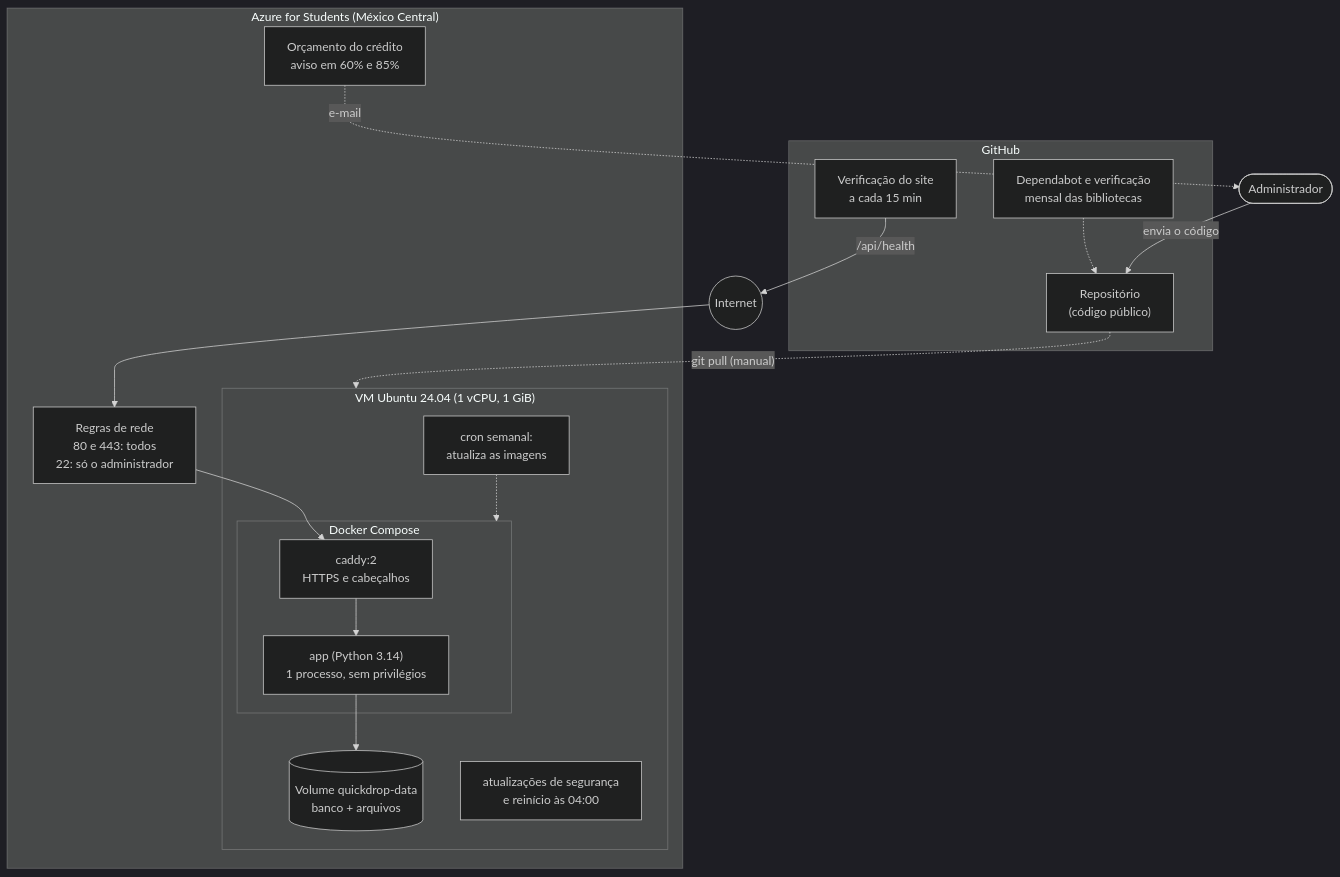
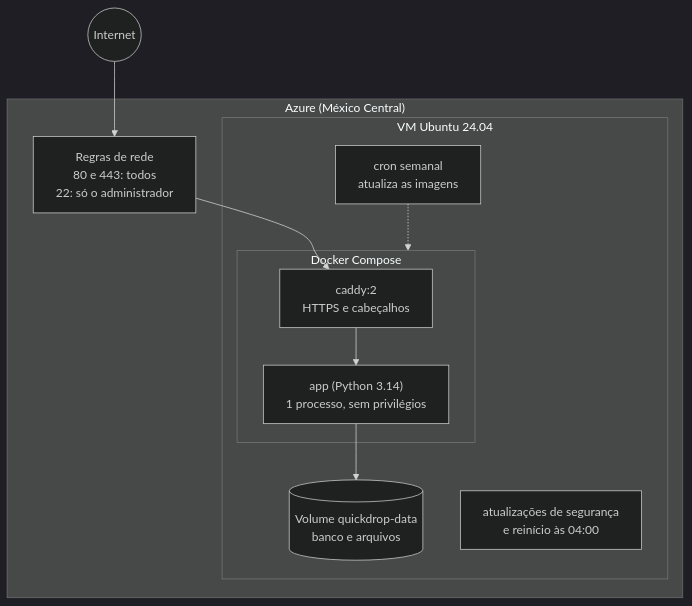
One commit to gbrielzera/QuickDrop changed the tenth of 13 diagrams in docs/VISAO.md. Above: the diagram before and after it, drawn with Mermaid (dark theme). The commit also changed other lines of this file and 3 other files, not shown here.

Commit message:
Documentos de requisitos e de visão também em .docx; diagramas ajustados

````diff
--- a/docs/VISAO.md
+++ b/docs/VISAO.md
@@ -408,33 +395,18 @@
 ```mermaid
 flowchart TB
     internet(("Internet"))
-    admin(["Administrador"])
-
-    subgraph github["GitHub"]
-        repo["Repositório<br/>(código público)"]
-        uptime["Verificação do site<br/>a cada 15 min"]
-        dependabot["Dependabot e verificação<br/>mensal das bibliotecas"]
-    end
-
-    subgraph azure["Azure for Students (México Central)"]
+    subgraph azure["Azure (México Central)"]
         nsg["Regras de rede<br/>80 e 443: todos<br/>22: só o administrador"]
-        subgraph vm["VM Ubuntu 24.04 (1 vCPU, 1 GiB)"]
+        subgraph vm["VM Ubuntu 24.04"]
             subgraph docker["Docker Compose"]
                 caddy["caddy:2<br/>HTTPS e cabeçalhos"]
                 app["app (Python 3.14)<br/>1 processo, sem privilégios"]
             end
-            vol[("Volume quickdrop-data<br/>banco + arquivos")]
-            cron["cron semanal:<br/>atualiza as imagens"]
+            vol[("Volume quickdrop-data<br/>banco e arquivos")]
+            cron["cron semanal<br/>atualiza as imagens"]
             apt["atualizações de segurança<br/>e reinício às 04:00"]
         end
-        orcamento["Orçamento do crédito<br/>aviso em 60% e 85%"]
     end
-
     internet --> nsg --> caddy --> app --> vol
-    uptime -->|"/api/health"| internet
-    repo -.->|"git pull (manual)"| vm
-    dependabot -.-> repo
     cron -.-> docker
-    orcamento -.->|"e-mail"| admin
-    admin -->|"envia o código"| repo
 ```
````
